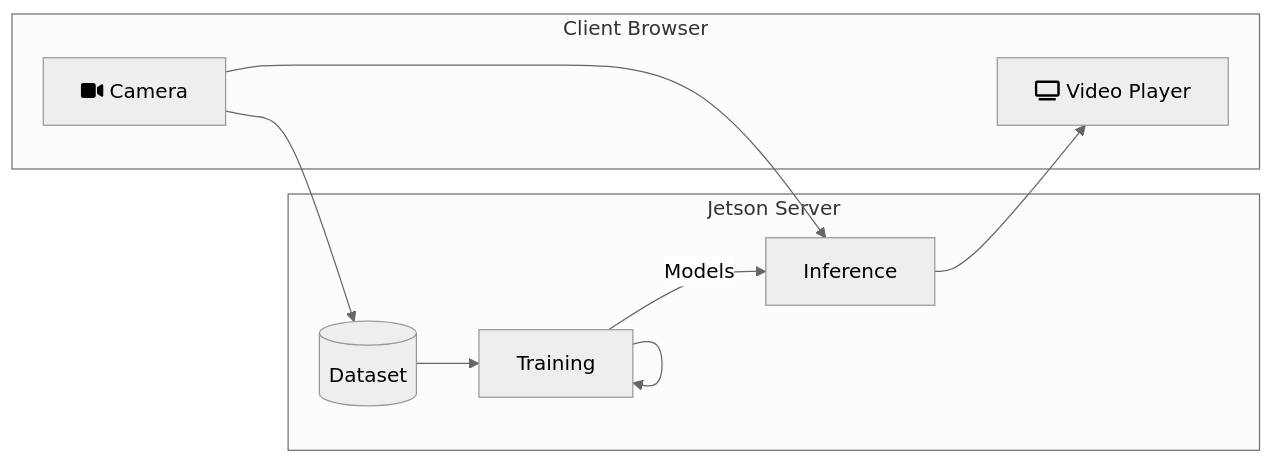
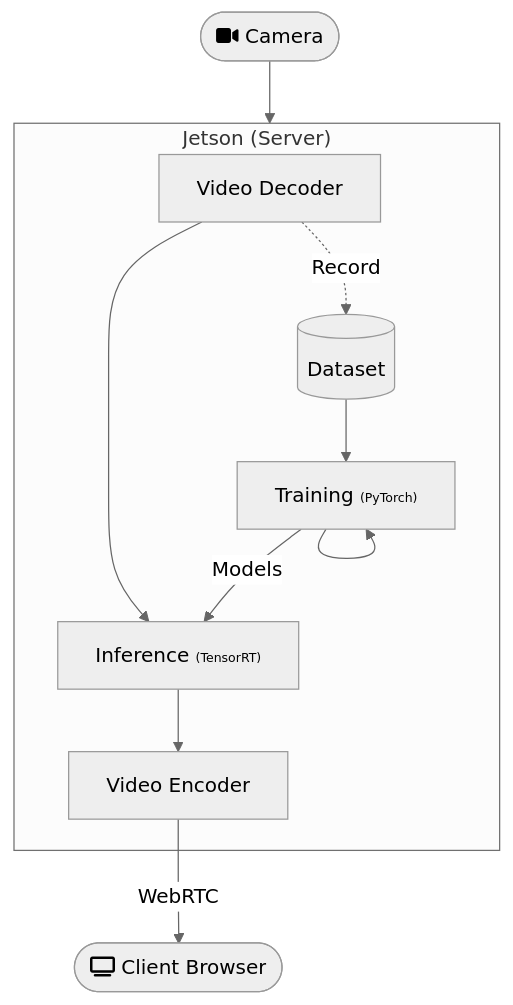
Before and after one commit to dusty-nv/jetson-inference: the diagram in docs/webrtc-recognizer.md, drawn with Mermaid (neutral theme). The commit also changed other lines of this file, not shown here.

````diff
--- a/docs/webrtc-recognizer.md
+++ b/docs/webrtc-recognizer.md
@@ -83,15 +44,20 @@
 ```mermaid
-graph LR
-    subgraph Client Browser
-        camera[fa:fa-video-camera Camera]
-        player[fa:fa-television Video Player]
+graph TD
+    camera([fa:fa-video-camera Camera])
+    player([fa:fa-television Client Browser])
+    subgraph server ["Jetson (Server)"]
+        decoder[Video Decoder]
+        dataset[("Dataset")]
+        training["Training <font size=1>(PyTorch)"]
+        inference["Inference <font size=1>(TensorRT)"]
+        encoder["Video Encoder"]
+        decoder-.->|Record|dataset
+        decoder-->inference
+        dataset-->training
+        training-->training
+        training-- Models --> inference
+        inference-->encoder
     end
-    subgraph Jetson Server
-        dataset[(Dataset)]-->training[Training]
-        training-- Models -->inference[Inference]
-    end
-    camera-->dataset
-    camera-->inference
-    inference-->player
-    training-->training
+    camera-->server
+    encoder-- WebRTC -->player
 ```
````
